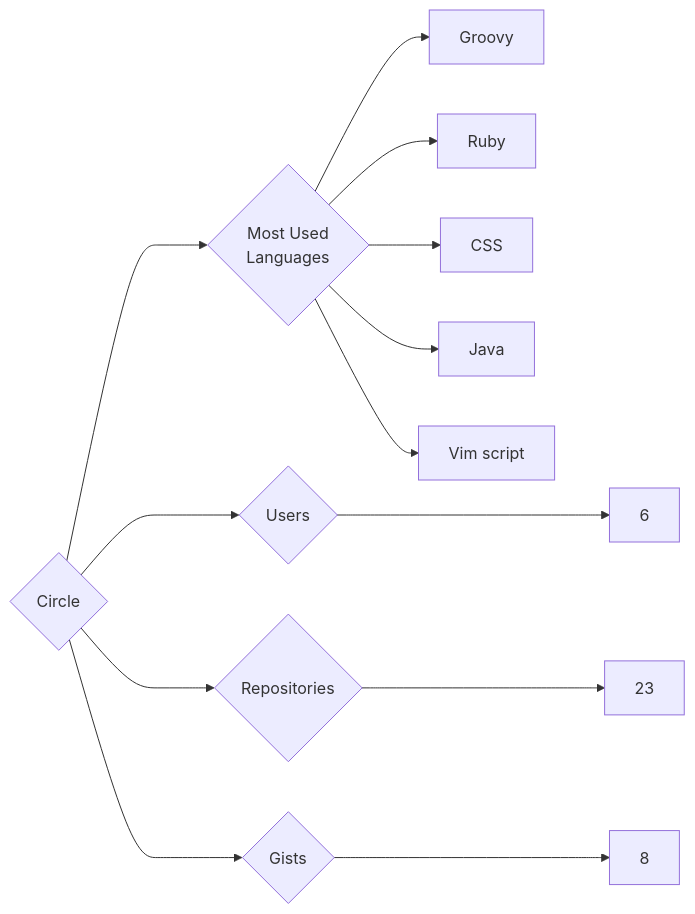
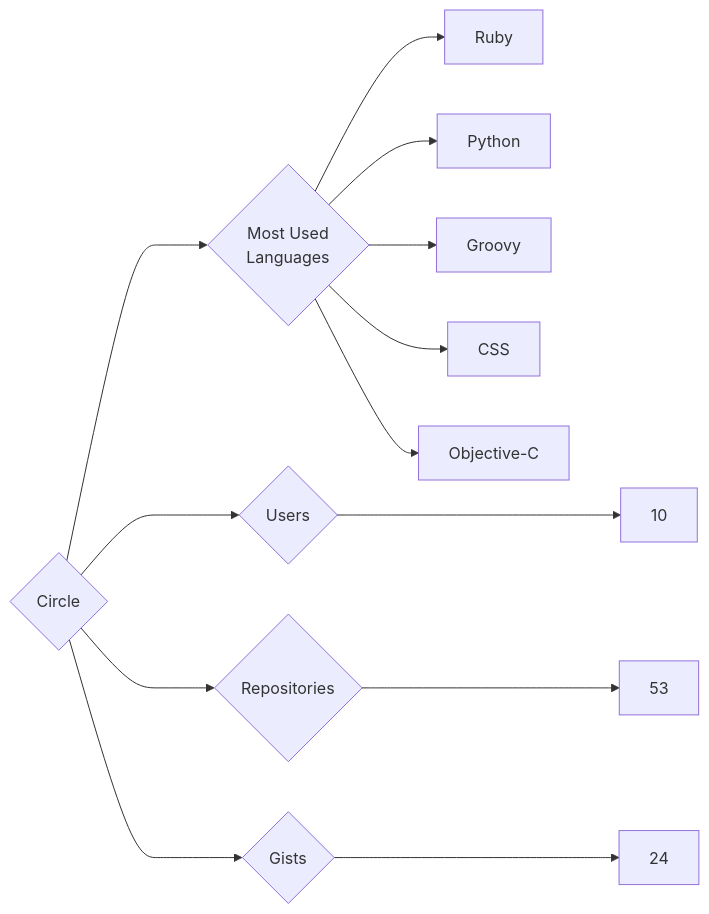
One commit to trickest/insiders changed the diagram in targets/Circle/README.md. Above: the diagram before and after it, drawn with Mermaid. The commit also changed 912 other files, not shown here.

````diff
--- a/targets/Circle/README.md
+++ b/targets/Circle/README.md
@@ -3,13 +3,13 @@
 ```mermaid
 graph LR
 COMPANY_NAME{Circle}
-COMPANY_NAME ---> U{Users} ---> UN[6]
-COMPANY_NAME ---> R{Repositories} ---> RN[23]
-COMPANY_NAME ---> G{Gists} ---> GN[8]
+COMPANY_NAME ---> U{Users} ---> UN[10]
+COMPANY_NAME ---> R{Repositories} ---> RN[53]
+COMPANY_NAME ---> G{Gists} ---> GN[24]
 COMPANY_NAME ---> ML{Most Used<br>Languages}
+ML --> Ruby[Ruby]
+ML --> Python[Python]
 ML --> Groovy[Groovy]
-ML --> Ruby[Ruby]
 ML --> CSS[CSS]
-ML --> Java[Java]
-ML --> Vim_script[Vim script]
+ML --> Objective-C[Objective-C]
 ```
````
